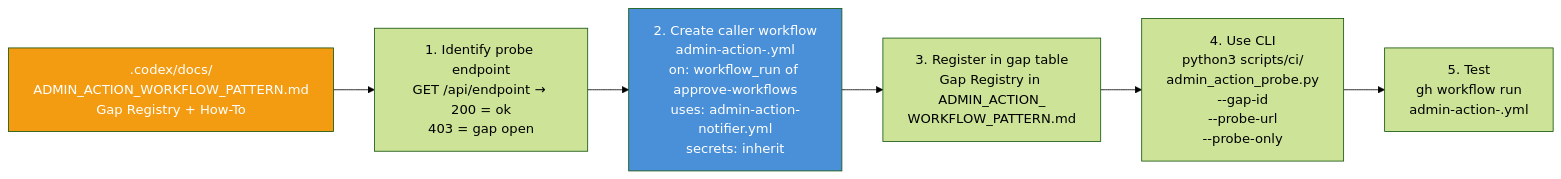
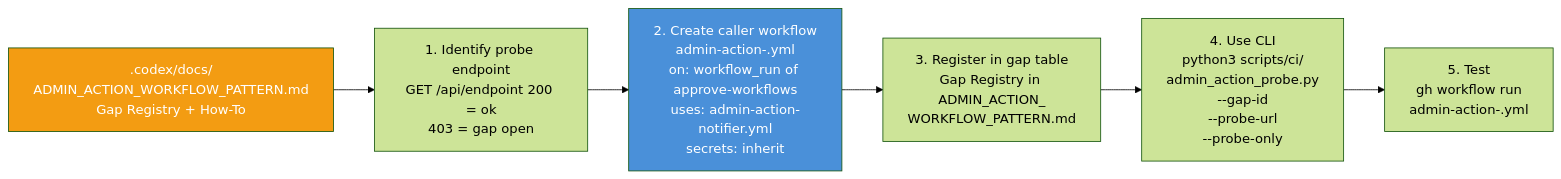
Before and after one commit to Aries-Serpent/_codex_: the fifth of 26 diagrams in docs/sessions/PR4346_session_diagram.md, drawn with Mermaid (forest theme). The commit also changed other lines of this file and 4117 other files, not shown here.

````diff
--- a/docs/sessions/PR4346_session_diagram.md
+++ b/docs/sessions/PR4346_session_diagram.md
@@ -126,18 +137,20 @@
 ```mermaid
-%%{init: {'accessibility': {'title': 'Flowchart showing " .codex/docs/\nADMIN_ACTION_WORKFLOW_PATTERN.md\nGap Registry + How-To", "1. Identify probe endpoint\nGET /api/endpoint → 200 = ok\n403 = gap open"'}}%%
+%%{init: {'accessibility': {'title': 'Flowchart showing " .codex/docs/\nADMIN_ACTION_WORKFLOW_PATTERN.md\nGap Registry + How-To", "1. Identify probe endpoint\nGET /api/endpoint 200 = ok\n403 = gap open"'}}%%
+
 flowchart LR
-    DOC[" .codex/docs/\nADMIN_ACTION_WORKFLOW_PATTERN.md\nGap Registry + How-To"] --> STEP1
 
-    STEP1["1. Identify probe endpoint\nGET /api/endpoint → 200 = ok\n403 = gap open"] --> STEP2
+ DOC[" .codex/docs/\nADMIN_ACTION_WORKFLOW_PATTERN.md\nGap Registry + How-To"] --> STEP1
 
-    STEP2["2. Create caller workflow\nadmin-action-<gap-id>.yml\non: workflow_run of approve-workflows\nuses: admin-action-notifier.yml\nsecrets: inherit"] --> STEP3
+ STEP1["1. Identify probe endpoint\nGET /api/endpoint 200 = ok\n403 = gap open"] --> STEP2
 
-    STEP3["3. Register in gap table\nGap Registry in ADMIN_ACTION_\nWORKFLOW_PATTERN.md"] --> STEP4
+ STEP2["2. Create caller workflow\nadmin-action-<gap-id>.yml\non: workflow_run of approve-workflows\nuses: admin-action-notifier.yml\nsecrets: inherit"] --> STEP3
 
-    STEP4["4. Use CLI\npython3 scripts/ci/\nadmin_action_probe.py\n--gap-id <ID>\n--probe-url <URL>\n--probe-only"] --> STEP5
+ STEP3["3. Register in gap table\nGap Registry in ADMIN_ACTION_\nWORKFLOW_PATTERN.md"] --> STEP4
 
-    STEP5["5. Test\ngh workflow run\nadmin-action-<gap-id>.yml"]
+ STEP4["4. Use CLI\npython3 scripts/ci/\nadmin_action_probe.py\n--gap-id <ID>\n--probe-url <URL>\n--probe-only"] --> STEP5
 
-    style DOC fill:#f39c12,color:#fff
-    style STEP2 fill:#4a90d9,color:#fff
+ STEP5["5. Test\ngh workflow run\nadmin-action-<gap-id>.yml"]
+
+ style DOC fill:#f39c12,color:#fff
+ style STEP2 fill:#4a90d9,color:#fff
 ```
````
